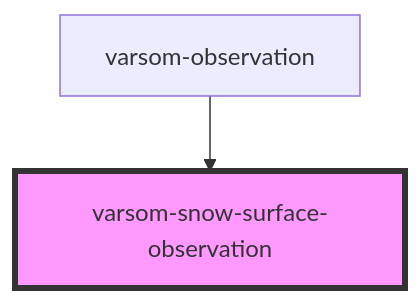
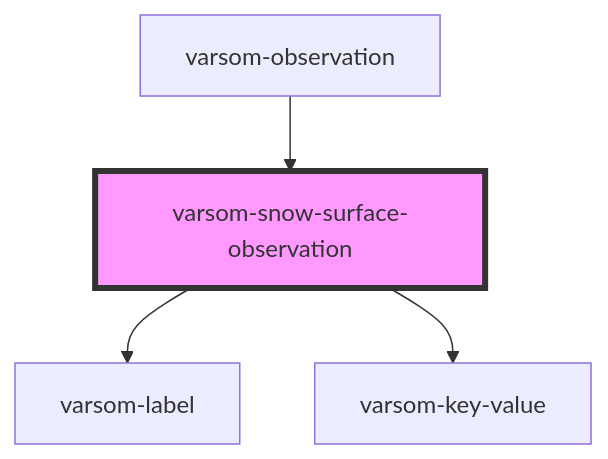
Before and after one commit to NVE/varsom-observation: the diagram in observasjonskort/src/components/varsom-snow-surface-observation/readme.md, drawn with Mermaid. The commit also changed other lines of this file and 13 other files, not shown here.

Commit message:
updated snow surface obs component

````diff
--- a/observasjonskort/src/components/varsom-snow-surface-observation/readme.md
+++ b/observasjonskort/src/components/varsom-snow-surface-observation/readme.md
@@ -37,5 +43,7 @@
 ```mermaid
 graph TD;
+  varsom-snow-surface-observation --> varsom-label
+  varsom-snow-surface-observation --> varsom-key-value
   varsom-observation --> varsom-snow-surface-observation
   style varsom-snow-surface-observation fill:#f9f,stroke:#333,stroke-width:4px
 ```
````
